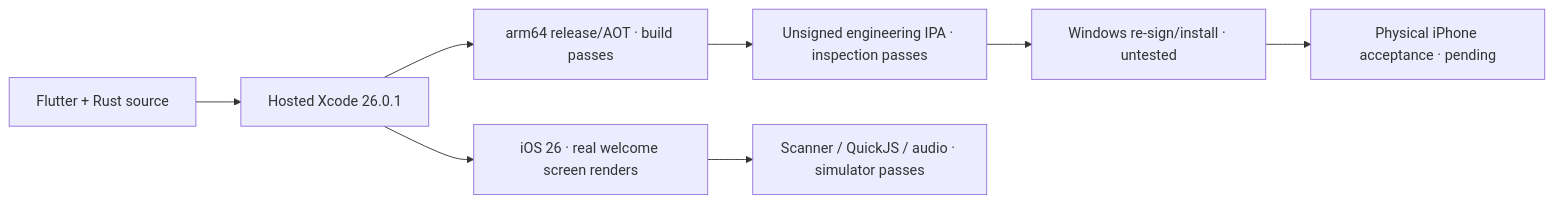
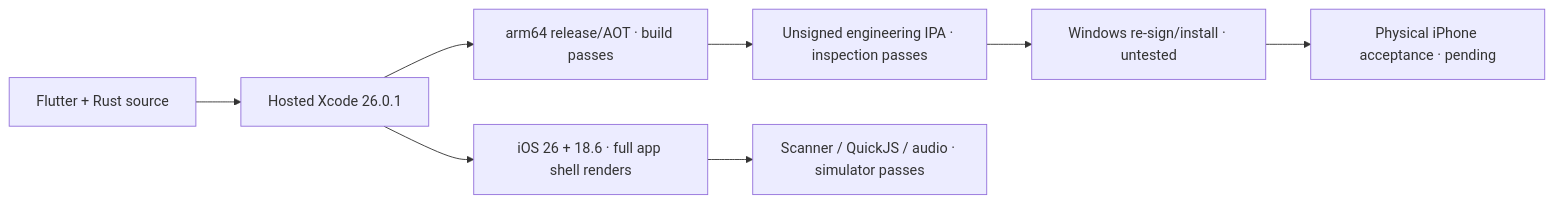
The first of 4 diagrams in docs/IOS_PORT.md (Lokal-music/lokal-mobile), drawn with Mermaid before and after one commit. The commit also changed other lines of this file and 6 other files, not shown here.

````diff
--- a/docs/IOS_PORT.md
+++ b/docs/IOS_PORT.md
@@ -35,10 +39,10 @@
 ```mermaid
 flowchart LR
   Source["Flutter + Rust source"] --> Mac["Hosted Xcode 26.0.1"]
   Mac --> Device["arm64 release/AOT · build passes"]
-  Mac --> Sim["iOS 26 · real welcome screen renders"]
+  Mac --> Sim["iOS 26 + 18.6 · full app shell renders"]
   Device --> IPA["Unsigned engineering IPA · inspection passes"]
   Sim --> Smoke["Scanner / QuickJS / audio · simulator passes"]
   IPA --> Windows["Windows re-sign/install · untested"]
   Windows --> Phone["Physical iPhone acceptance · pending"]
 ```
````
